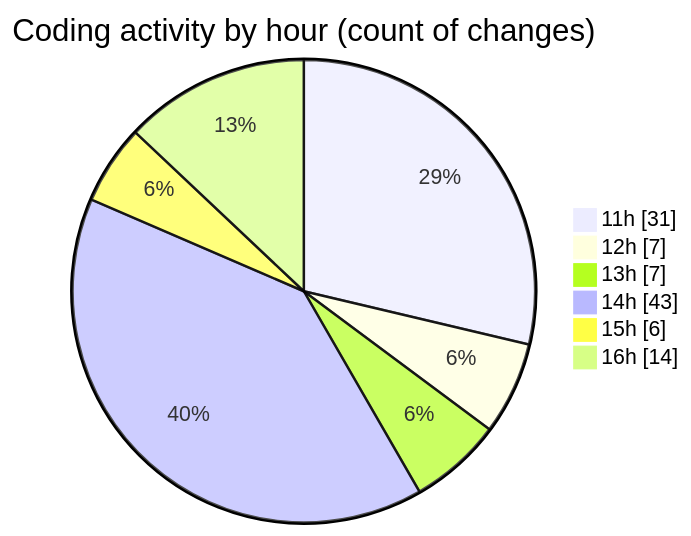
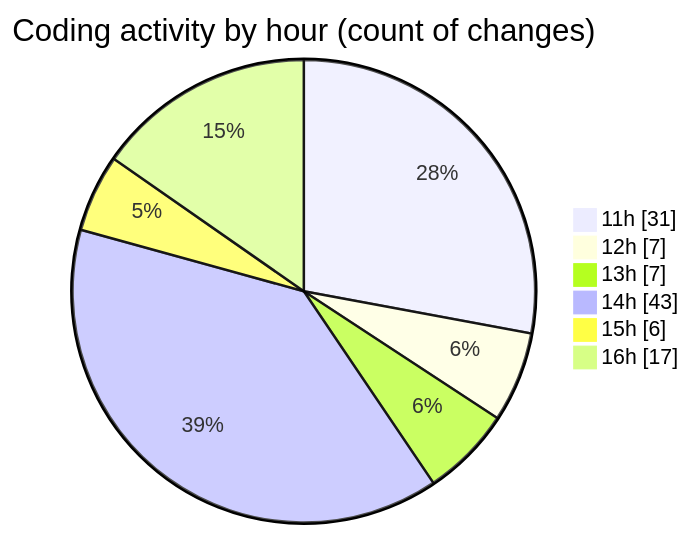
Before and after one commit to nxtqubesakshisongat/code-tracking: the second of 2 diagrams in 2025-07-23/nxtqube_webapp/README.md, drawn with Mermaid. The commit also changed other lines of this file and 1 other file, not shown here.

````diff
--- a/2025-07-23/nxtqube_webapp/README.md
+++ b/2025-07-23/nxtqube_webapp/README.md
@@ -64,10 +67,10 @@
 ```mermaid
 pie showData
 title Coding activity by hour (count of changes)
 "11h" : 31
 "12h" : 7
 "13h" : 7
 "14h" : 43
 "15h" : 6
-"16h" : 14
+"16h" : 17
 ```
````
